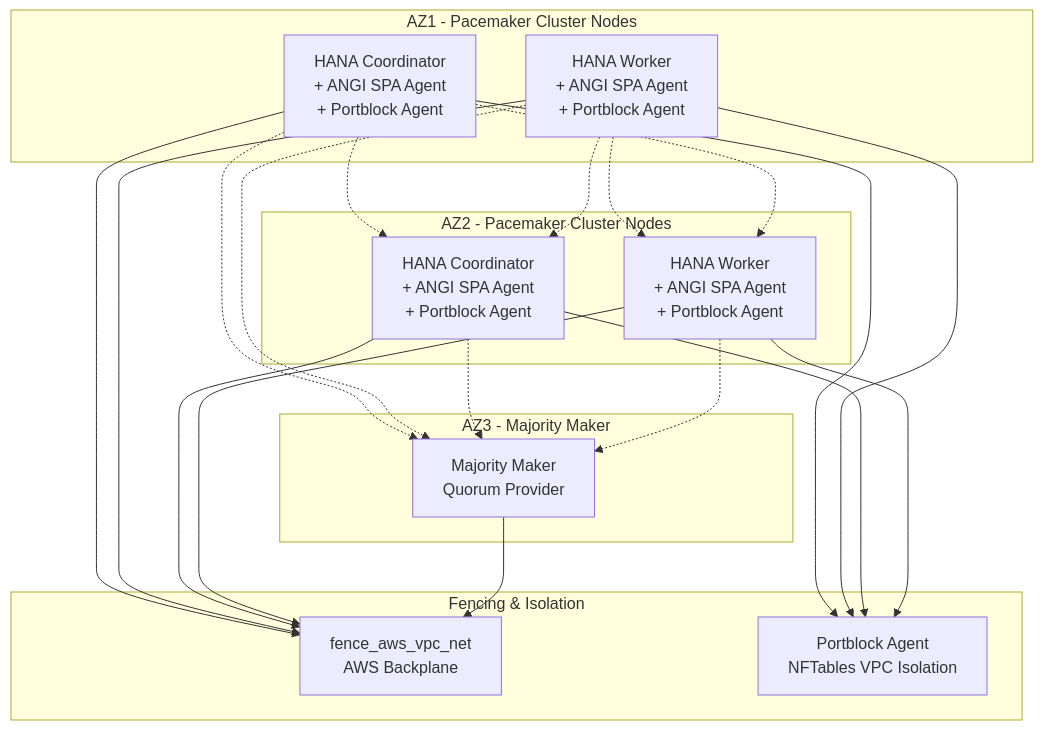
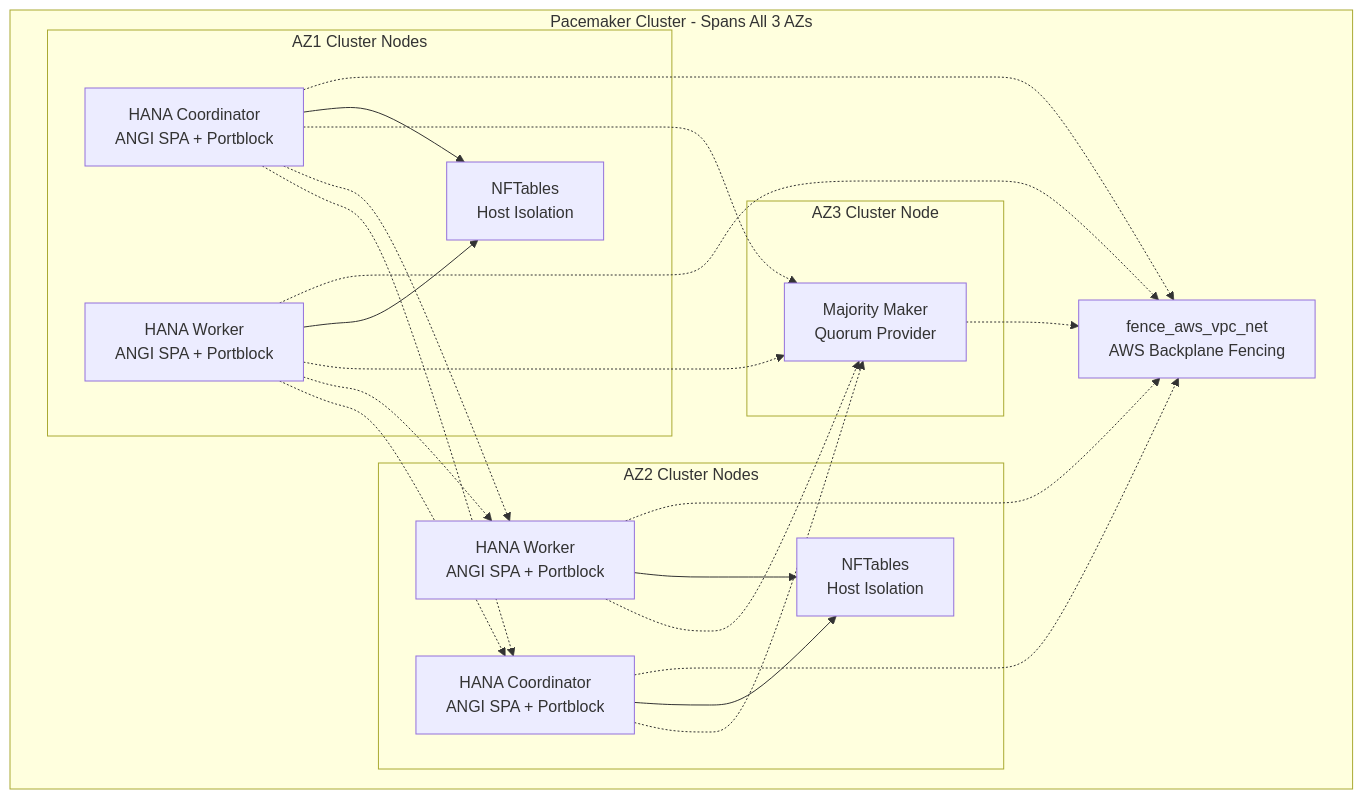
The second of 2 diagrams in README.md (robbybrodie/s4hanascaleout), drawn with Mermaid before and after one commit. The commit also changed other lines of this file, not shown here.

Commit message:
updates to pacemaker cluster diagram

````diff
--- a/README.md
+++ b/README.md
@@ -168,46 +168,45 @@
 ```mermaid
 graph TD
-    subgraph AZ1["AZ1 - Pacemaker Cluster Nodes"]
-        COORD1["HANA Coordinator<br/>+ ANGI SPA Agent<br/>+ Portblock Agent"]
-        WORKER1["HANA Worker<br/>+ ANGI SPA Agent<br/>+ Portblock Agent"]
+    subgraph CLUSTER["Pacemaker Cluster - Spans All 3 AZs"]
+        subgraph AZ1_NODES["AZ1 Cluster Nodes"]
+            COORD1["HANA Coordinator<br/>ANGI SPA + Portblock"]
+            WORKER1["HANA Worker<br/>ANGI SPA + Portblock"]
+            PB1["NFTables<br/>Host Isolation"]
+        end
+        
+        subgraph AZ2_NODES["AZ2 Cluster Nodes"]
+            COORD2["HANA Coordinator<br/>ANGI SPA + Portblock"]
+            WORKER2["HANA Worker<br/>ANGI SPA + Portblock"]
+            PB2["NFTables<br/>Host Isolation"]
+        end
+        
+        subgraph AZ3_NODES["AZ3 Cluster Node"]
+            MAJORITY["Majority Maker<br/>Quorum Provider"]
+        end
+        
+        AWS_FENCE["fence_aws_vpc_net<br/>AWS Backplane Fencing"]
     end
     
-    subgraph AZ2["AZ2 - Pacemaker Cluster Nodes"]
-        COORD2["HANA Coordinator<br/>+ ANGI SPA Agent<br/>+ Portblock Agent"]
-        WORKER2["HANA Worker<br/>+ ANGI SPA Agent<br/>+ Portblock Agent"]
-    end
-    
-    subgraph AZ3["AZ3 - Majority Maker"]
-        MAJORITY["Majority Maker<br/>Quorum Provider"]
-    end
-    
-    subgraph FENCE["Fencing & Isolation"]
-        AWS_FENCE["fence_aws_vpc_net<br/>AWS Backplane"]
-        PORTBLOCK["Portblock Agent<br/>NFTables VPC Isolation"]
-    end
-    
-    %% Cluster communication lines
+    %% Cluster membership - all nodes part of same cluster
     COORD1 -.-> COORD2
-    WORKER1 -.-> WORKER2
     COORD1 -.-> WORKER2
     WORKER1 -.-> COORD2
-    
-    %% Majority maker quorum
+    WORKER1 -.-> WORKER2
     COORD1 -.-> MAJORITY
     WORKER1 -.-> MAJORITY
     COORD2 -.-> MAJORITY
     WORKER2 -.-> MAJORITY
     
-    %% Fencing connections
-    COORD1 --> AWS_FENCE
-    WORKER1 --> AWS_FENCE
-    COORD2 --> AWS_FENCE
-    WORKER2 --> AWS_FENCE
-    MAJORITY --> AWS_FENCE
+    %% Portblock agents control local NFTables
+    COORD1 --> PB1
+    WORKER1 --> PB1
+    COORD2 --> PB2
+    WORKER2 --> PB2
     
-    %% Portblock isolation
-    COORD1 --> PORTBLOCK
-    WORKER1 --> PORTBLOCK
-    COORD2 --> PORTBLOCK
-    WORKER2 --> PORTBLOCK
+    %% All cluster nodes use AWS fencing
+    COORD1 -.-> AWS_FENCE
+    WORKER1 -.-> AWS_FENCE
+    COORD2 -.-> AWS_FENCE
+    WORKER2 -.-> AWS_FENCE
+    MAJORITY -.-> AWS_FENCE
 ```
````
